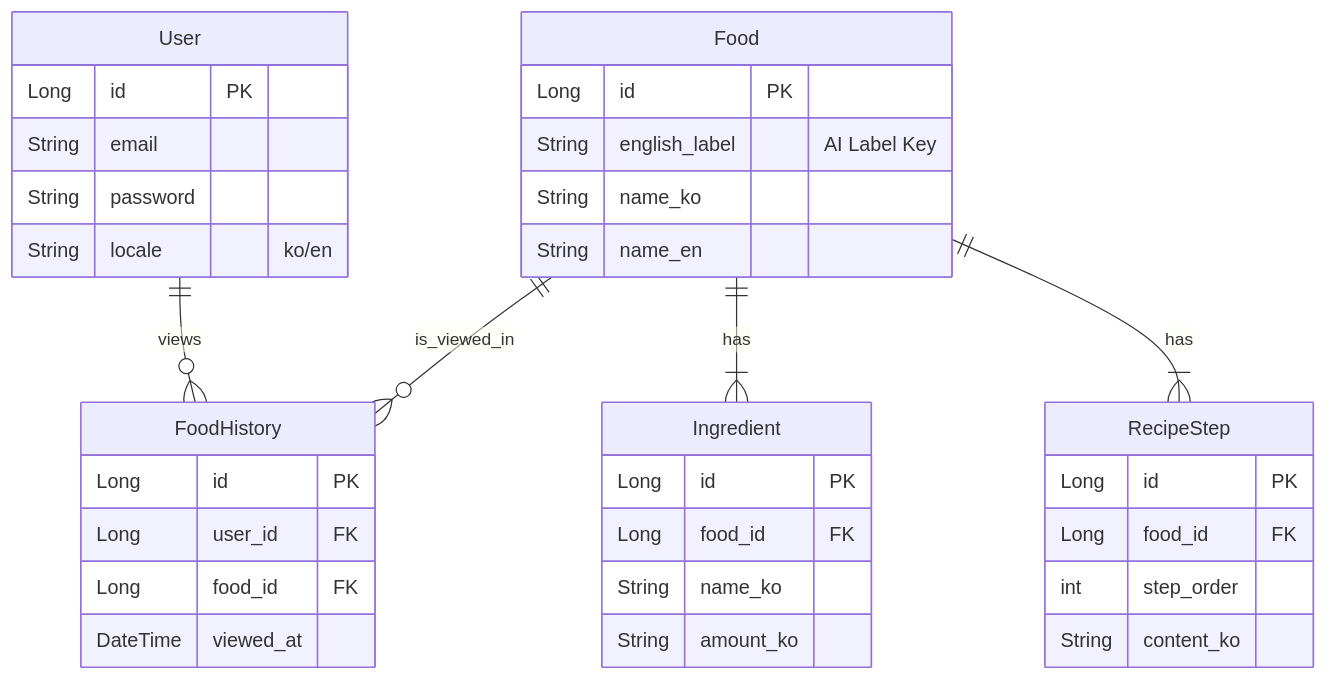
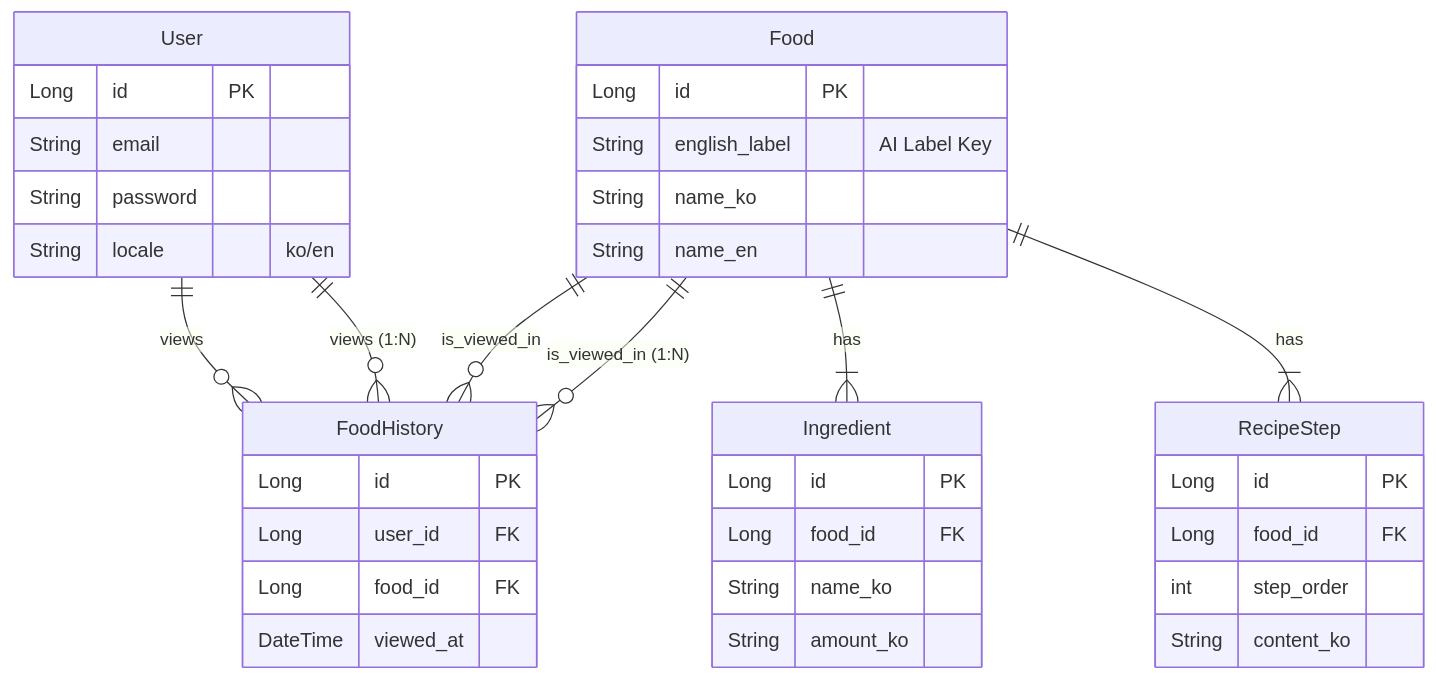
One commit to ChoeTaeWoon/food_detect changed the second of 2 diagrams in README.md. Above: the diagram before and after it, drawn with Mermaid. The commit also changed other lines of this file, not shown here.

````diff
--- a/README.md
+++ b/README.md
@@ -49,42 +49,45 @@
 ```mermaid
 erDiagram
 User ||--o{ FoodHistory : "views"
+ User ||--o{ FoodHistory : "views (1:N)"  
 Food ||--o{ FoodHistory : "is_viewed_in"
 Food ||--|{ Ingredient : "has"
 Food ||--|{ RecipeStep : "has"
+Food ||--o{ FoodHistory : "is_viewed_in (1:N)"
 User {
     Long id PK
     String email
     String password
     String locale "ko/en"
 }
 
 Food {
     Long id PK
     String english_label "AI Label Key"
     String name_ko
     String name_en
 }
 
 Ingredient {
     Long id PK
     Long food_id FK
     String name_ko
     String amount_ko
 }
 
 RecipeStep {
     Long id PK
     Long food_id FK
     int step_order
     String content_ko
 }
 
-FoodHistory {
-    Long id PK
-    Long user_id FK
-    Long food_id FK
-    DateTime viewed_at
-}
+
+ FoodHistory {
+        Long id PK
+        Long user_id FK
+        Long food_id FK
+        DateTime viewed_at
+    }
 
 ```
````
